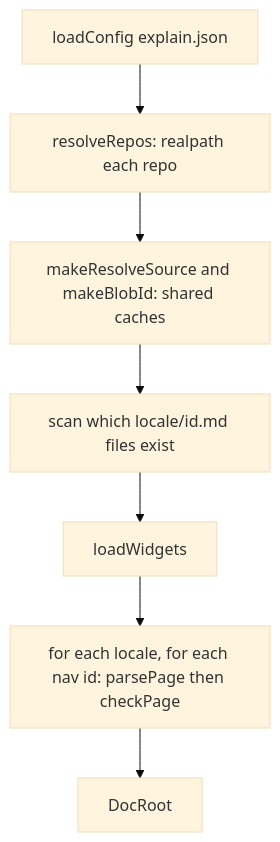
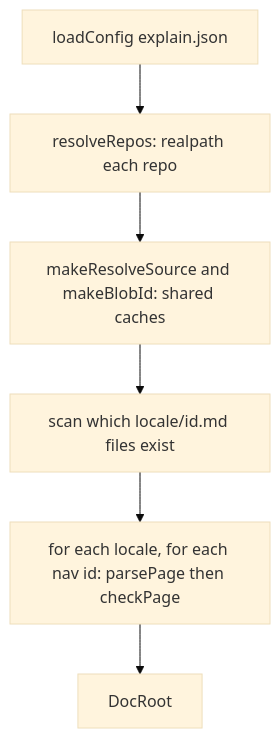
The diagram in docs/en/load-doc-root.md (5u4/explain-this), drawn with Mermaid (base theme) before and after one commit. The commit also changed other lines of this file and 102 other files, not shown here.

````diff
--- a/docs/en/load-doc-root.md
+++ b/docs/en/load-doc-root.md
@@ -37,9 +36,8 @@
 ```mermaid
 flowchart TD
   A[loadConfig explain.json] --> B[resolveRepos: realpath each repo]
   B --> C[makeResolveSource and makeBlobId: shared caches]
   C --> D[scan which locale/id.md files exist]
-  D --> E[loadWidgets]
-  E --> F[for each locale, for each nav id: parsePage then checkPage]
+  D --> F[for each locale, for each nav id: parsePage then checkPage]
   F --> G[DocRoot]
 ```
````
